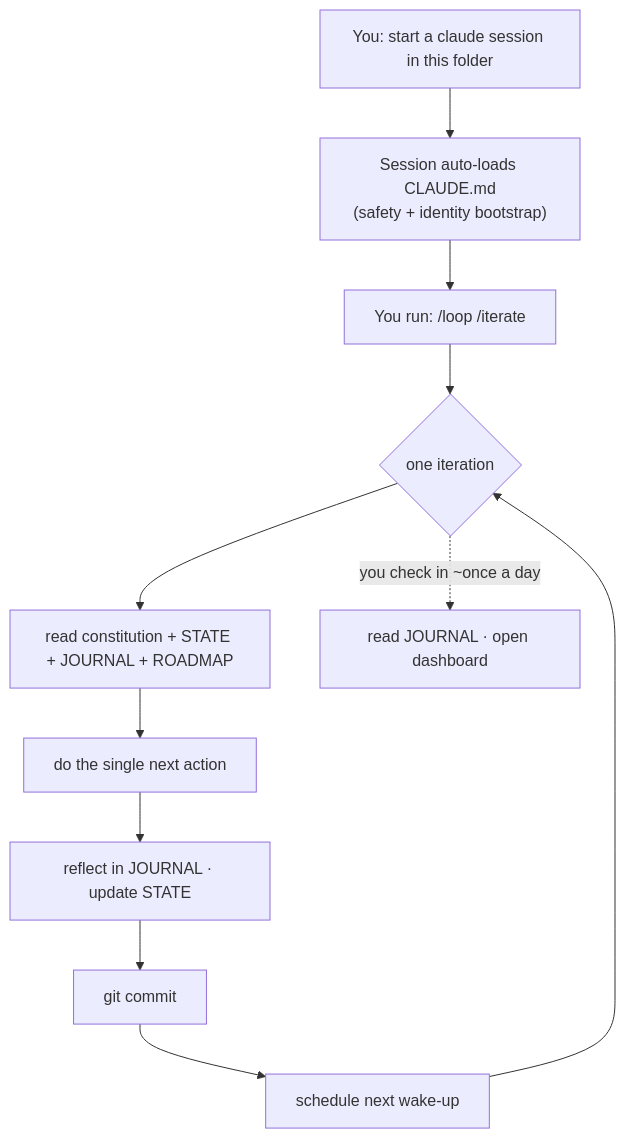
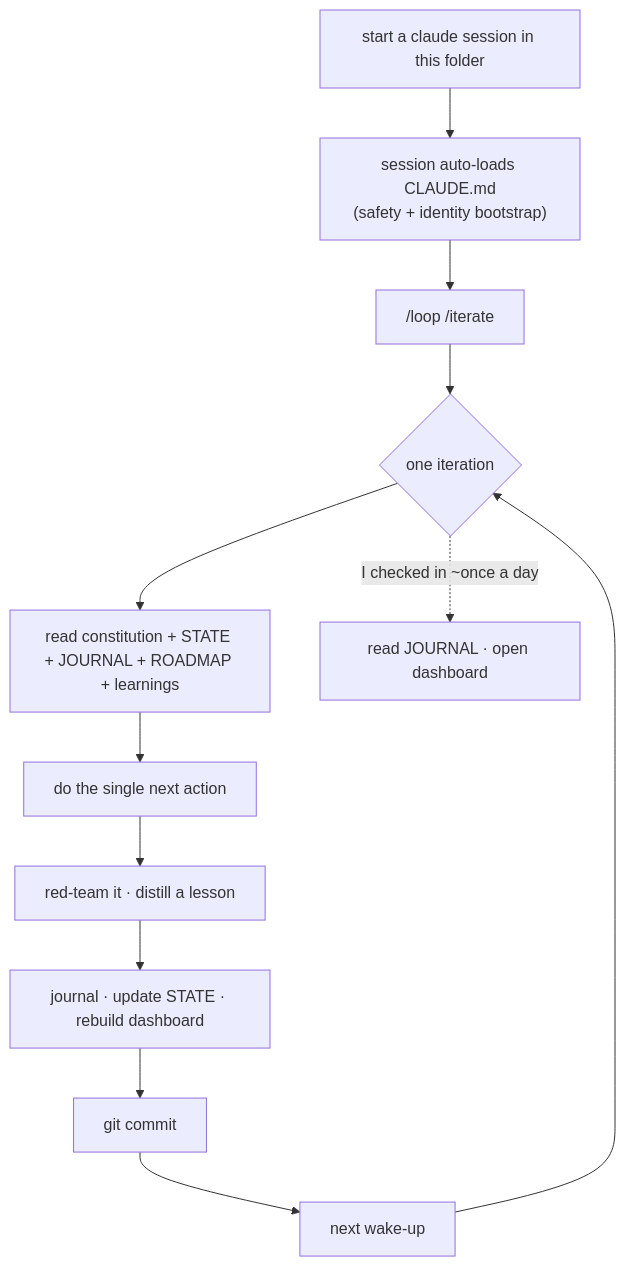
The diagram in README.md (emil1326/EmilsSelfImprove), drawn with Mermaid before and after one commit. The commit also changed other lines of this file and 1 other file, not shown here.

````diff
--- a/README.md
+++ b/README.md
@@ -13,13 +23,14 @@
 ```mermaid
 flowchart TD
-    A["You: start a claude session in this folder"] --> B["Session auto-loads CLAUDE.md<br/>(safety + identity bootstrap)"]
-    B --> C["You run: /loop /iterate"]
+    A["start a claude session in this folder"] --> B["session auto-loads CLAUDE.md<br/>(safety + identity bootstrap)"]
+    B --> C["/loop /iterate"]
     C --> D{"one iteration"}
-    D --> E["read constitution + STATE + JOURNAL + ROADMAP"]
+    D --> E["read constitution + STATE + JOURNAL + ROADMAP + learnings"]
     E --> F["do the single next action"]
-    F --> G["reflect in JOURNAL · update STATE"]
-    G --> H["git commit"]
-    H --> I["schedule next wake-up"]
-    I --> D
-    D -. "you check in ~once a day" .-> Y["read JOURNAL · open dashboard"]
+    F --> G["red-team it · distill a lesson"]
+    G --> H["journal · update STATE · rebuild dashboard"]
+    H --> I["git commit"]
+    I --> J["next wake-up"]
+    J --> D
+    D -. "I checked in ~once a day" .-> Y["read JOURNAL · open dashboard"]
 ```
````
